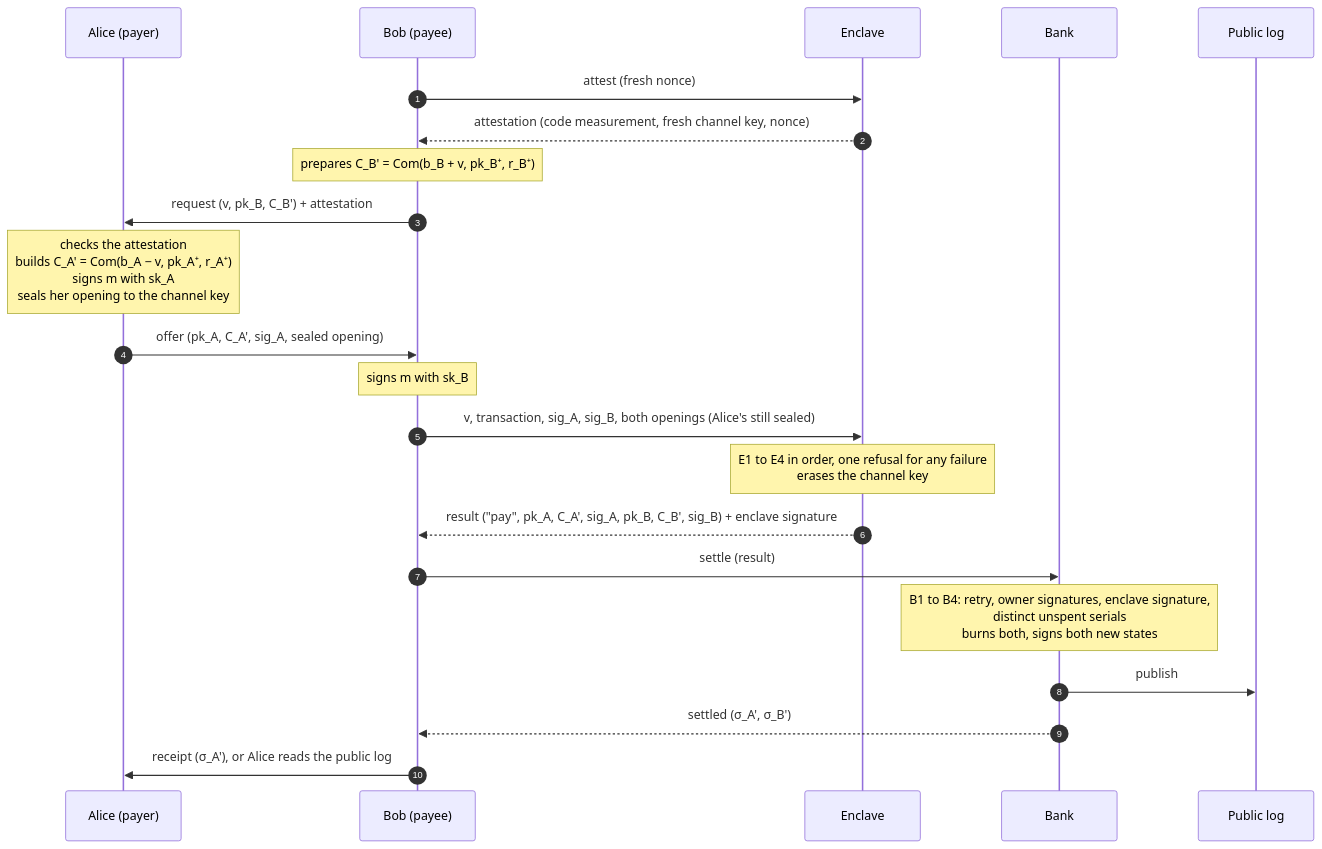
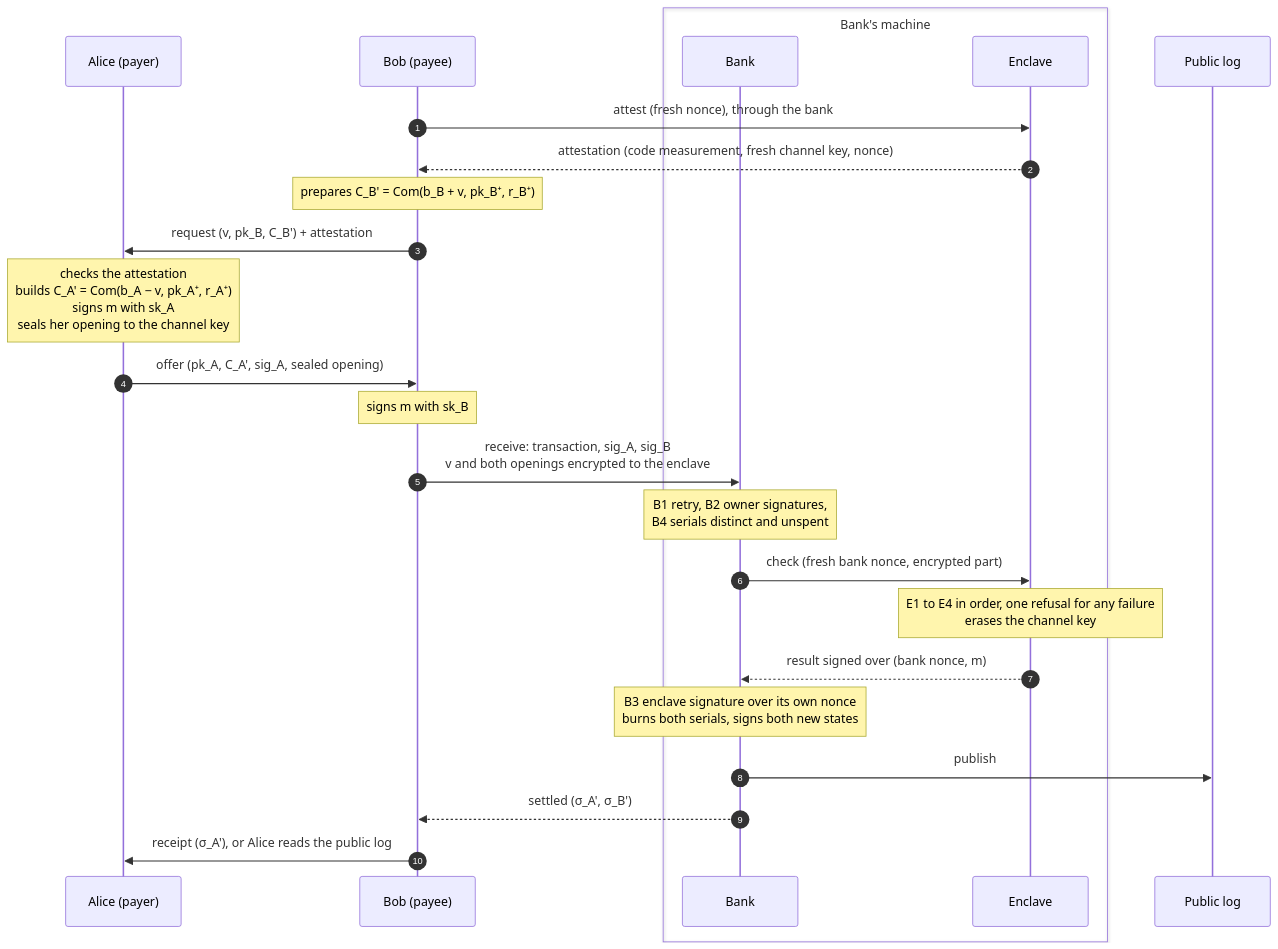
Before and after one commit to alexandre-mrt/thesis-tee-private-payments: the second of 2 diagrams in round-1/README.md, drawn with Mermaid. The commit also changed other lines of this file and 6 other files, not shown here.

Commit message:
docs(round-1): enclave runs inside the bank (2026-11-10), result answered to the bank over its nonce, maps redrawn

````diff
--- a/round-1/README.md
+++ b/round-1/README.md
@@ -83,24 +85,27 @@
 ```mermaid
 sequenceDiagram
   autonumber
   participant A as Alice (payer)
   participant B as Bob (payee)
+  box Bank's machine
+  participant K as Bank
   participant E as Enclave
-  participant K as Bank
+  end
   participant L as Public log
-  B->>E: attest (fresh nonce)
+  B->>E: attest (fresh nonce), through the bank
   E-->>B: attestation (code measurement, fresh channel key, nonce)
   Note over B: prepares C_B' = Com(b_B + v, pk_B⁺, r_B⁺)
   B->>A: request (v, pk_B, C_B') + attestation
   Note over A: checks the attestation<br/>builds C_A' = Com(b_A − v, pk_A⁺, r_A⁺)<br/>signs m with sk_A<br/>seals her opening to the channel key
   A->>B: offer (pk_A, C_A', sig_A, sealed opening)
   Note over B: signs m with sk_B
-  B->>E: v, transaction, sig_A, sig_B, both openings (Alice's still sealed)
+  B->>K: receive: transaction, sig_A, sig_B<br/>v and both openings encrypted to the enclave
+  Note over K: B1 retry, B2 owner signatures,<br/>B4 serials distinct and unspent
+  K->>E: check (fresh bank nonce, encrypted part)
   Note over E: E1 to E4 in order, one refusal for any failure<br/>erases the channel key
-  E-->>B: result ("pay", pk_A, C_A', sig_A, pk_B, C_B', sig_B) + enclave signature
-  B->>K: settle (result)
-  Note over K: B1 to B4: retry, owner signatures, enclave signature,<br/>distinct unspent serials<br/>burns both, signs both new states
+  E-->>K: result signed over (bank nonce, m)
+  Note over K: B3 enclave signature over its own nonce<br/>burns both serials, signs both new states
   K->>L: publish
   K-->>B: settled (σ_A', σ_B')
   B->>A: receipt (σ_A'), or Alice reads the public log
 ```
````
